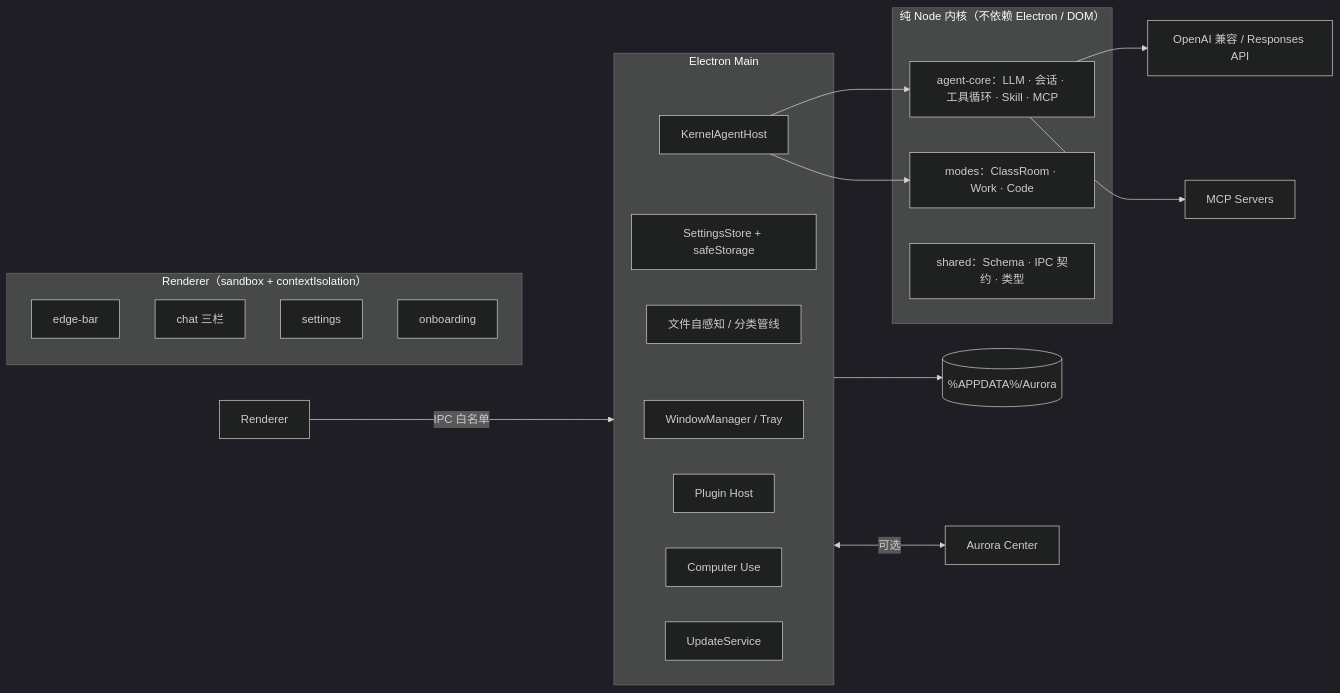
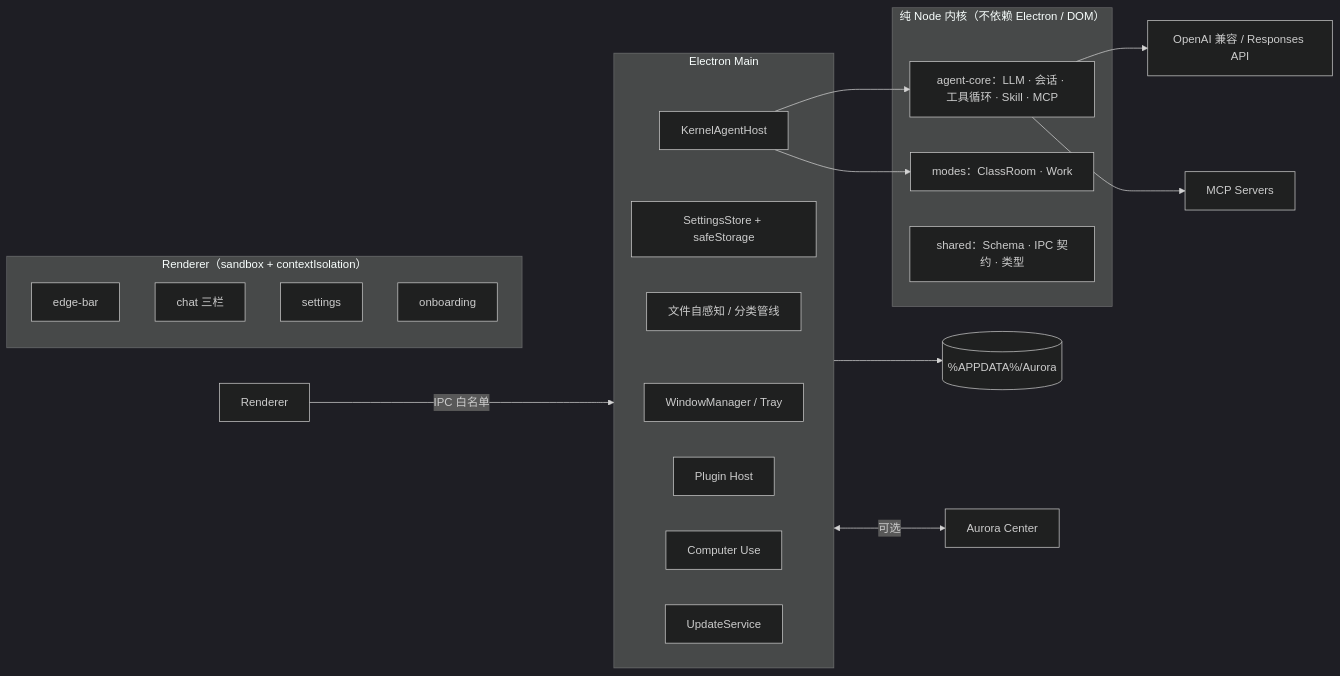
One commit to LinePixel2025/Aurora changed the diagram in README.md. Above: the diagram before and after it, drawn with Mermaid (dark theme). The commit also changed other lines of this file and 82 other files, not shown here.

````diff
--- a/README.md
+++ b/README.md
@@ -262,33 +265,33 @@
 ```mermaid
 flowchart LR
   subgraph Renderer["Renderer（sandbox + contextIsolation）"]
     EB[edge-bar]
     CH[chat 三栏]
     ST[settings]
     OB[onboarding]
   end
 
   subgraph Main["Electron Main"]
     WM[WindowManager / Tray]
     CFG[SettingsStore + safeStorage]
     AW[文件自感知 / 分类管线]
     HOST[KernelAgentHost]
     PL[Plugin Host]
     CU[Computer Use]
     UP[UpdateService]
   end
 
   subgraph Core["纯 Node 内核（不依赖 Electron / DOM）"]
     AC[agent-core：LLM · 会话 · 工具循环 · Skill · MCP]
-    MD[modes：ClassRoom · Work · Code]
+    MD[modes：ClassRoom · Work]
     SH[shared：Schema · IPC 契约 · 类型]
   end
 
   UI[Renderer] -->|IPC 白名单| Main
   HOST --> AC
   HOST --> MD
   AC --> LLM[OpenAI 兼容 / Responses API]
   AC --> MCP[MCP Servers]
   Main --> DB[(%APPDATA%/Aurora)]
   Main <-->|可选| Center[Aurora Center]
 ```
````
